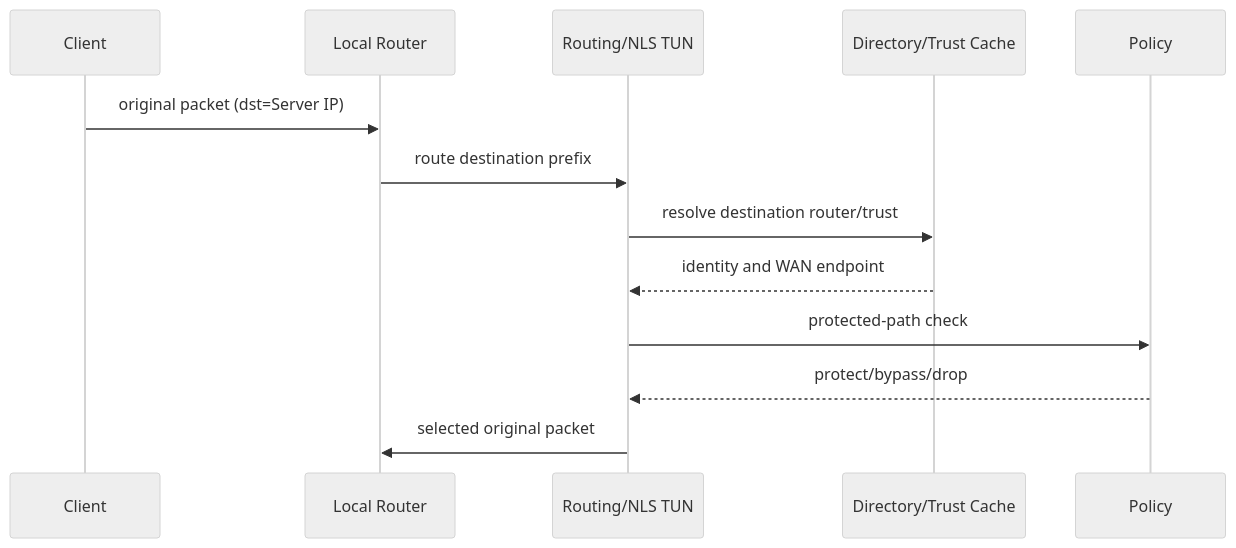
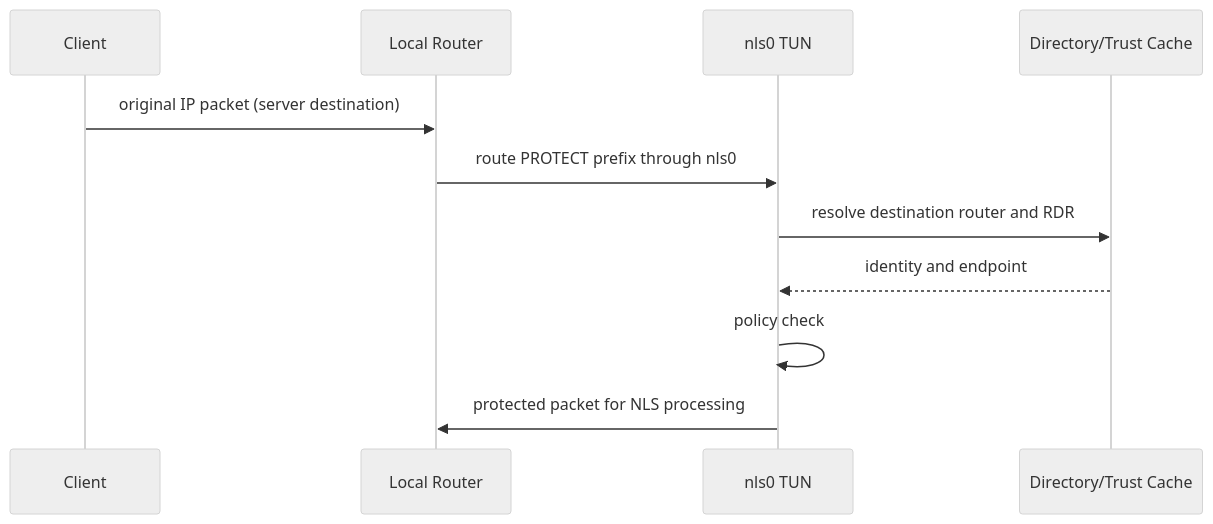
Before and after one commit to TamilSelvam22112003/Nls-NexOS-Core-v0.1.1: the third of 6 diagrams in docs/ARCHITECTURE.md, drawn with Mermaid (neutral theme). The commit also changed other lines of this file, not shown here.

Commit message:
docs: freeze NLS v0.1.1 protocol contract

````diff
--- a/docs/ARCHITECTURE.md
+++ b/docs/ARCHITECTURE.md
@@ -34,15 +36,13 @@
 ```mermaid
 sequenceDiagram
- participant Client
- participant R as Local Router
- participant T as Routing/NLS TUN
- participant D as Directory/Trust Cache
- participant P as Policy
- Client->>R: original packet (dst=Server IP)
- R->>T: route destination prefix
- T->>D: resolve destination router/trust
- D-->>T: identity and WAN endpoint
- T->>P: protected-path check
- P-->>T: protect/bypass/drop
- T->>R: selected original packet
+  participant C as Client
+  participant R as Local Router
+  participant T as nls0 TUN
+  participant D as Directory/Trust Cache
+  C->>R: original IP packet (server destination)
+  R->>T: route PROTECT prefix through nls0
+  T->>D: resolve destination router and RDR
+  D-->>T: identity and endpoint
+  T->>T: policy check
+  T->>R: protected packet for NLS processing
 ```
````
